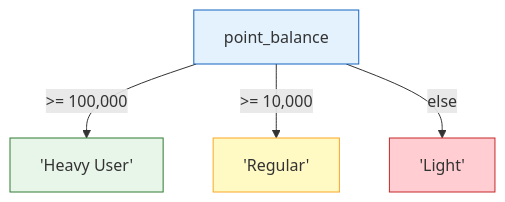
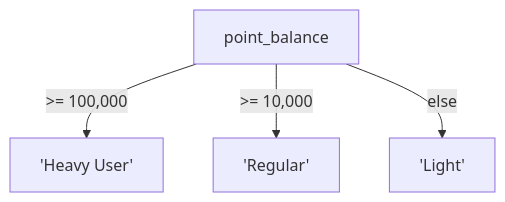
One commit to civilian7/sql-tutorial changed the diagram in docs/en/intermediate/10-case.md. Above: the diagram before and after it, drawn with Mermaid. The commit also changed other lines of this file and 101 other files, not shown here.

````diff
--- a/docs/en/intermediate/10-case.md
+++ b/docs/en/intermediate/10-case.md
@@ -5,10 +5,6 @@
 ```mermaid
 flowchart TD
     V["point_balance"] -->|">= 100,000"| A["'Heavy User'"]
     V -->|">= 10,000"| B["'Regular'"]
     V -->|"else"| C["'Light'"]
-    style V fill:#e3f2fd,stroke:#1565c0
-    style A fill:#e8f5e9,stroke:#2e7d32
-    style B fill:#fff9c4,stroke:#f9a825
-    style C fill:#ffcdd2,stroke:#c62828
 ```
````
